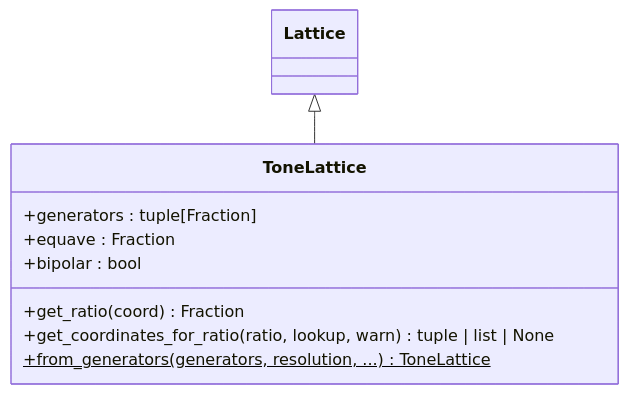
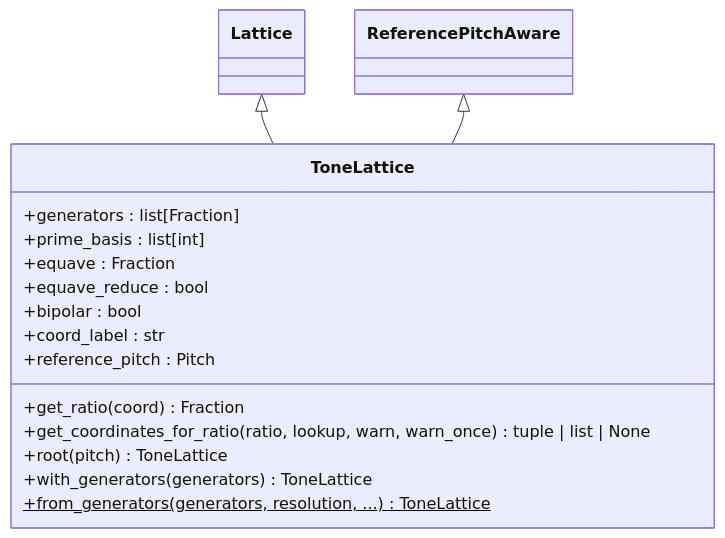
The third of 6 diagrams in docs/architecture/03_TONOS.md (kr4g/Klotho), drawn with Mermaid before and after one commit. The commit also changed other lines of this file and 14 other files, not shown here.

First line of the commit message:
Refresh architecture docs and Sphinx index for 10.x API (10.11.1)

````diff
--- a/docs/architecture/03_TONOS.md
+++ b/docs/architecture/03_TONOS.md
@@ -266,13 +306,20 @@
 ```mermaid
 classDiagram
     Lattice <|-- ToneLattice
+    ReferencePitchAware <|-- ToneLattice
 
     class ToneLattice {
-        +generators : tuple[Fraction]
+        +generators : list[Fraction]
+        +prime_basis : list[int]
         +equave : Fraction
+        +equave_reduce : bool
         +bipolar : bool
+        +coord_label : str
+        +reference_pitch : Pitch
         +get_ratio(coord) Fraction
-        +get_coordinates_for_ratio(ratio, lookup, warn) tuple | list | None
+        +get_coordinates_for_ratio(ratio, lookup, warn, warn_once) tuple | list | None
+        +root(pitch) ToneLattice
+        +with_generators(generators) ToneLattice
         +from_generators(generators, resolution, ...)$ ToneLattice
     }
 ```
````
